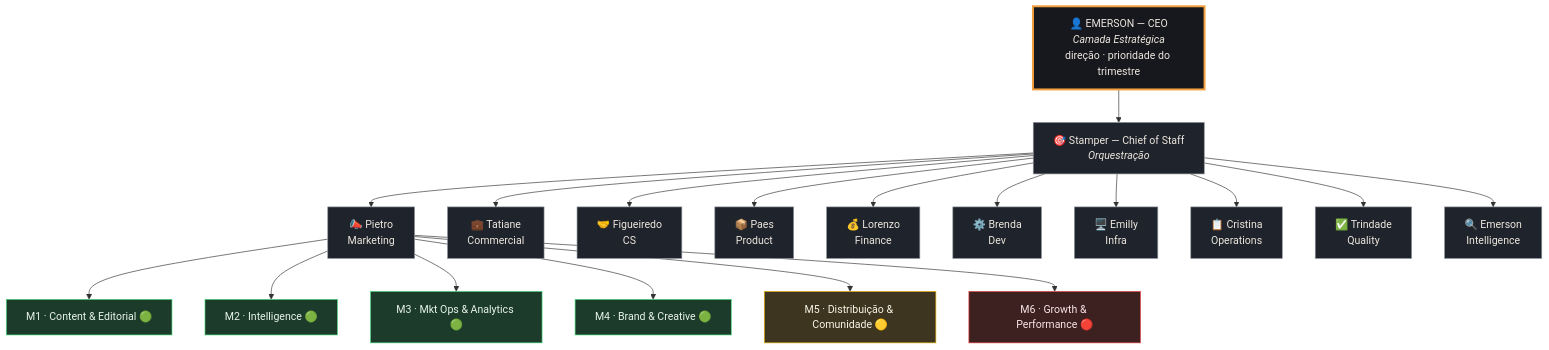
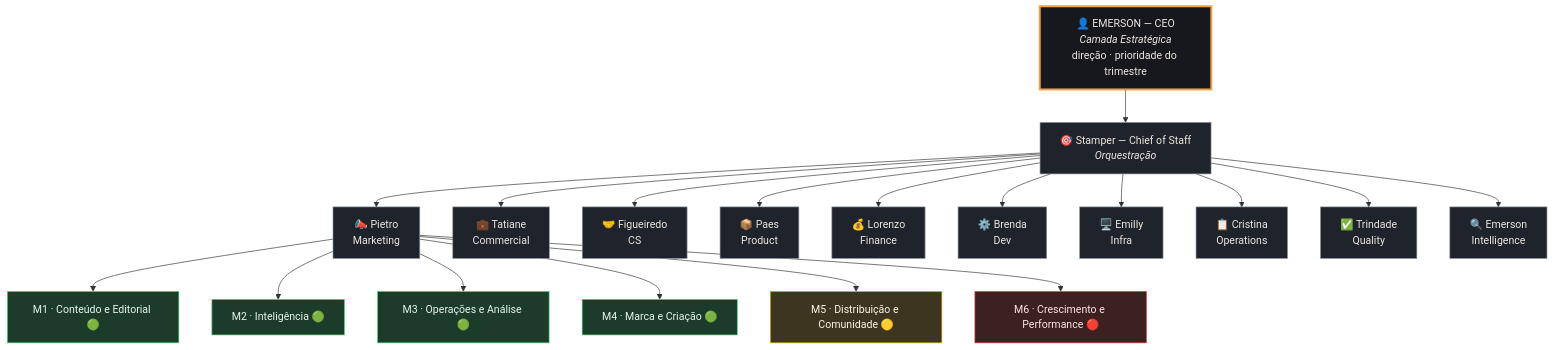
The first of 3 diagrams in docs/organograma.md (emersontrindade45-debug/hive_emerson), drawn with Mermaid before and after one commit. The commit also changed other lines of this file and 3 other files, not shown here.

````diff
--- a/docs/organograma.md
+++ b/docs/organograma.md
@@ -11,35 +11,35 @@
 ```mermaid
 flowchart TD
     CEO["👤 EMERSON — CEO<br/><i>Camada Estratégica</i><br/>direção · prioridade do trimestre"]
 
     CEO --> ST["🎯 Stamper — Chief of Staff<br/><i>Orquestração</i>"]
 
     ST --> MKT["📣 Pietro<br/>Marketing"]
     ST --> COM["💼 Tatiane<br/>Commercial"]
     ST --> CS["🤝 Figueiredo<br/>CS"]
     ST --> PRD["📦 Paes<br/>Product"]
     ST --> FIN["💰 Lorenzo<br/>Finance"]
     ST --> DEV["⚙️ Brenda<br/>Dev"]
     ST --> INF["🖥️ Emilly<br/>Infra"]
     ST --> OPS["📋 Cristina<br/>Operations"]
     ST --> QLT["✅ Trindade<br/>Quality"]
     ST --> INT["🔍 Emerson<br/>Intelligence"]
 
-    MKT --> M1["M1 · Content &amp; Editorial 🟢"]
-    MKT --> M2["M2 · Intelligence 🟢"]
-    MKT --> M3["M3 · Mkt Ops &amp; Analytics 🟢"]
-    MKT --> M4["M4 · Brand &amp; Creative 🟢"]
-    MKT --> M5["M5 · Distribuição &amp; Comunidade 🟡"]
-    MKT --> M6["M6 · Growth &amp; Performance 🔴"]
+    MKT --> M1["M1 · Conteúdo e Editorial 🟢"]
+    MKT --> M2["M2 · Inteligência 🟢"]
+    MKT --> M3["M3 · Operações e Análise 🟢"]
+    MKT --> M4["M4 · Marca e Criação 🟢"]
+    MKT --> M5["M5 · Distribuição e Comunidade 🟡"]
+    MKT --> M6["M6 · Crescimento e Performance 🔴"]
 
     classDef ceo fill:#16181D,stroke:#F2A03D,stroke-width:3px,color:#EDE7DE
     classDef head fill:#1F232B,stroke:#8A9099,color:#EDE7DE
     classDef ativa fill:#1d3b2a,stroke:#4ade80,color:#e8f5ee
     classDef dormente fill:#3d3520,stroke:#eab308,color:#faf5e6
     classDef congelada fill:#3d2020,stroke:#ef4444,color:#fae6e6
     class CEO ceo
     class ST,MKT,COM,CS,PRD,FIN,DEV,INF,OPS,QLT,INT head
     class M1,M2,M3,M4 ativa
     class M5 dormente
     class M6 congelada
 ```
````
